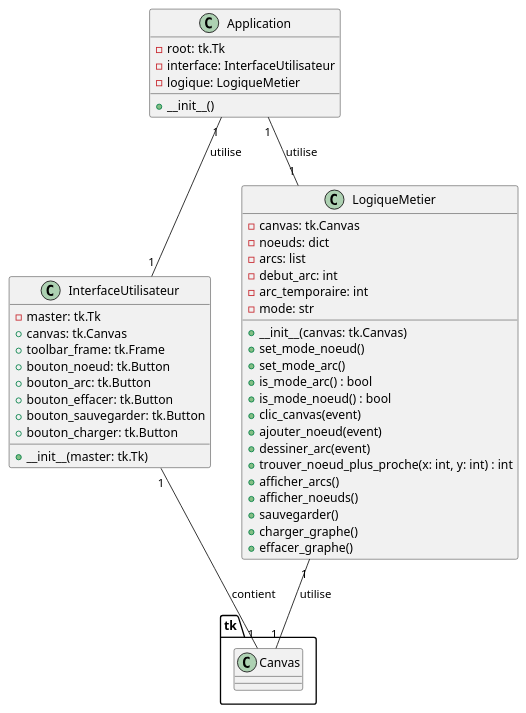
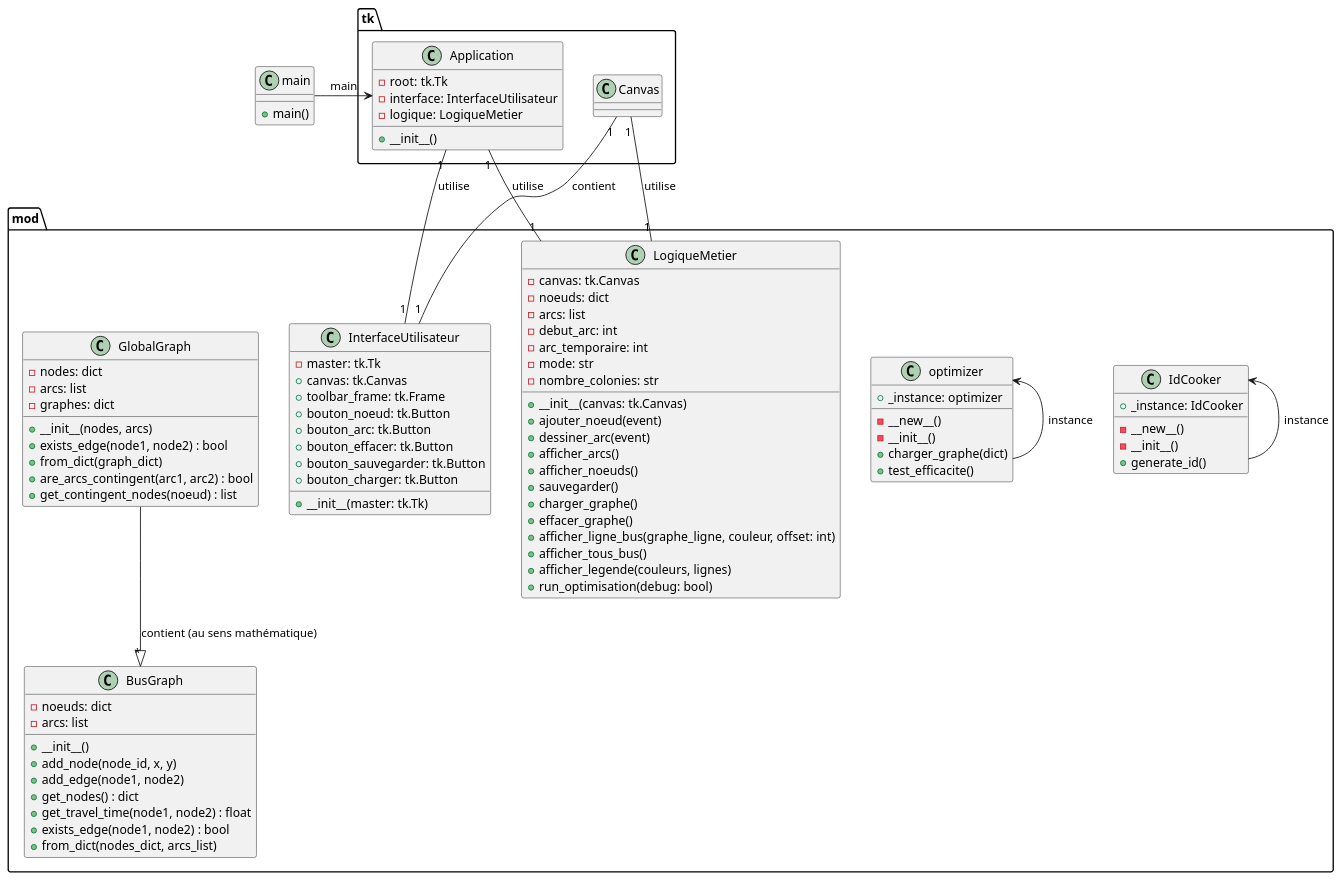
The diagram in projet.puml (FumedSaumonSauvage/elc-saidi-bap), drawn with PlantUML before and after one commit. The commit also changed 4 other files, not shown here.

Commit message:
IG capable de representer des lignes de bus

```diff
--- a/projet.puml
+++ b/projet.puml
@@ -1,51 +1,103 @@
 @startuml projet_bap
 
-class Application {
-    - root: tk.Tk
-    - interface: InterfaceUtilisateur
-    - logique: LogiqueMetier
-    + __init__()
+
+package tk{
+    class Application {
+        - root: tk.Tk
+        - interface: InterfaceUtilisateur
+        - logique: LogiqueMetier
+        + __init__()
+    }
 }
 
-class InterfaceUtilisateur {
-    - master: tk.Tk
-    + canvas: tk.Canvas
-    + toolbar_frame: tk.Frame
-    + bouton_noeud: tk.Button
-    + bouton_arc: tk.Button
-    + bouton_effacer: tk.Button
-    + bouton_sauvegarder: tk.Button
-    + bouton_charger: tk.Button
-    + __init__(master: tk.Tk)
+class main{
+    + main()
 }
 
-class LogiqueMetier {
-    - canvas: tk.Canvas
-    - noeuds: dict
-    - arcs: list
-    - debut_arc: int
-    - arc_temporaire: int
-    - mode: str
-    + __init__(canvas: tk.Canvas)
-    + set_mode_noeud()
-    + set_mode_arc()
-    + is_mode_arc() : bool
-    + is_mode_noeud() : bool
-    + clic_canvas(event)
-    + ajouter_noeud(event)
-    + dessiner_arc(event)
-    + trouver_noeud_plus_proche(x: int, y: int) : int
-    + afficher_arcs()
-    + afficher_noeuds()
-    + sauvegarder()
-    + charger_graphe()
-    + effacer_graphe()
+package mod{
+
+    class IdCooker{
+        + _instance: IdCooker
+        - __new__()
+        - __init__()
+        + generate_id()
+    }
+
+    class InterfaceUtilisateur {
+        - master: tk.Tk
+        + canvas: tk.Canvas
+        + toolbar_frame: tk.Frame
+        + bouton_noeud: tk.Button
+        + bouton_arc: tk.Button
+        + bouton_effacer: tk.Button
+        + bouton_sauvegarder: tk.Button
+        + bouton_charger: tk.Button
+        + __init__(master: tk.Tk)
+    }
+
+    class LogiqueMetier {
+        - canvas: tk.Canvas
+        - noeuds: dict
+        - arcs: list
+        - debut_arc: int
+        - arc_temporaire: int
+        - mode: str
+        - nombre_colonies: str
+        + __init__(canvas: tk.Canvas)
+        + ajouter_noeud(event)
+        + dessiner_arc(event)
+        + afficher_arcs()
+        + afficher_noeuds()
+        + sauvegarder()
+        + charger_graphe()
+        + effacer_graphe()
+        + afficher_ligne_bus(graphe_ligne, couleur, offset: int)
+        + afficher_tous_bus()
+        + afficher_legende(couleurs, lignes)
+        + run_optimisation(debug: bool)
+    }
+
+    class optimizer{
+        + _instance: optimizer
+        - __new__()
+        - __init__()
+        + charger_graphe(dict)
+        + test_efficacite()
+    }
+
+    class BusGraph {
+        - noeuds: dict
+        - arcs: list
+        + __init__()
+        + add_node(node_id, x, y)
+        + add_edge(node1, node2)
+        + get_nodes() : dict
+        + get_travel_time(node1, node2) : float
+        + exists_edge(node1, node2) : bool
+        + from_dict(nodes_dict, arcs_list)
+    }
+
+    class GlobalGraph {
+        - nodes: dict
+        - arcs: list
+        - graphes: dict
+        + __init__(nodes, arcs)
+        + exists_edge(node1, node2) : bool
+        + from_dict(graph_dict)
+        + are_arcs_contingent(arc1, arc2) : bool
+        + get_contingent_nodes(noeud) : list
+    }
+
 }
 
 Application "1" -- "1" InterfaceUtilisateur : utilise
 Application "1" -- "1" LogiqueMetier : utilise
 InterfaceUtilisateur "1" -- "1" tk.Canvas : contient
 LogiqueMetier "1" -- "1" tk.Canvas : utilise
+main -> Application : main
+GlobalGraph --|> "*" BusGraph : contient (au sens mathématique)
+optimizer -up-> optimizer : instance
+IdCooker -up-> IdCooker : instance
 
 
 @enduml
```
